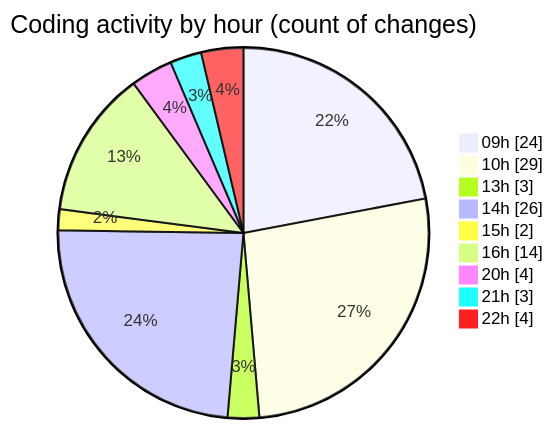
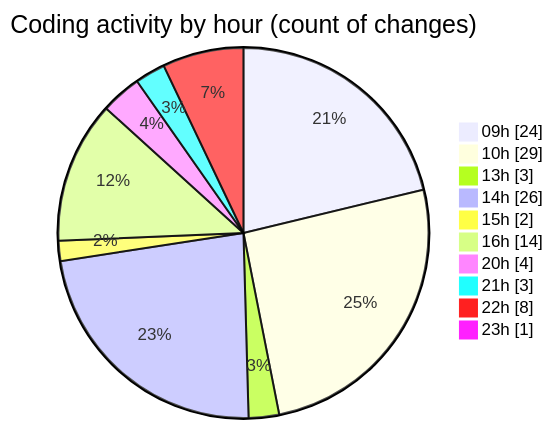
Before and after one commit to MatusMokan/code-tracking: the second of 2 diagrams in 2025-05-08/myws__workspace_/README.md, drawn with Mermaid. The commit also changed other lines of this file and 1 other file, not shown here.

````diff
--- a/2025-05-08/myws__workspace_/README.md
+++ b/2025-05-08/myws__workspace_/README.md
@@ -32,13 +32,14 @@
 ```mermaid
 pie showData
 title Coding activity by hour (count of changes)
 "09h" : 24
 "10h" : 29
 "13h" : 3
 "14h" : 26
 "15h" : 2
 "16h" : 14
 "20h" : 4
 "21h" : 3
-"22h" : 4
+"22h" : 8
+"23h" : 1
 ```
````
